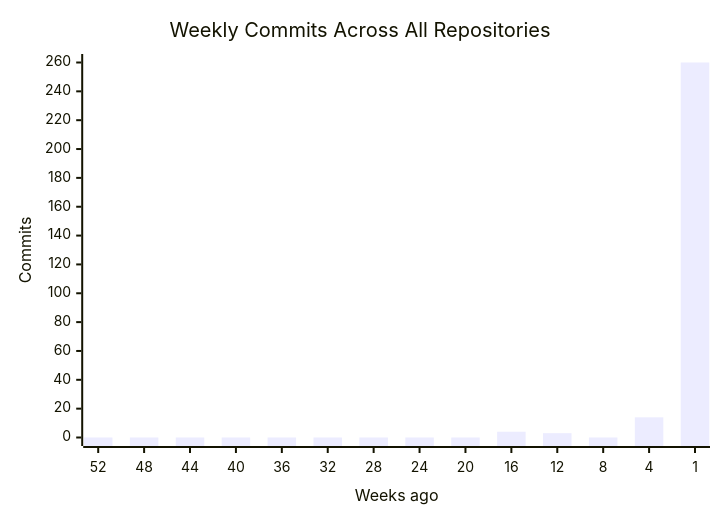
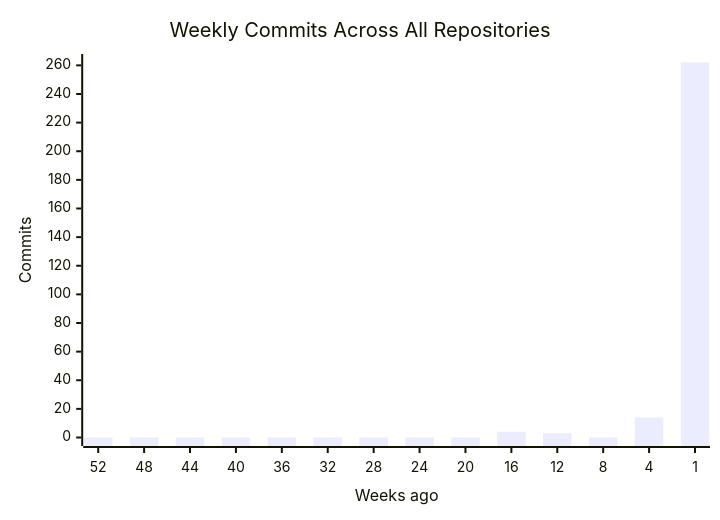
Before and after one commit to CSTH-Projects/.github: the first of 4 diagrams in profile/README.md, drawn with Mermaid. The commit also changed other lines of this file, not shown here.

````diff
--- a/profile/README.md
+++ b/profile/README.md
@@ -16,7 +16,7 @@
 ```mermaid
 xychart-beta
     title "Weekly Commits Across All Repositories"
     x-axis "Weeks ago" [52, 48, 44, 40, 36, 32, 28, 24, 20, 16, 12, 8, 4, 1]
     y-axis "Commits"
-    bar [0, 0, 0, 0, 0, 0, 0, 0, 0, 4, 3, 0, 14, 260]
+    bar [0, 0, 0, 0, 0, 0, 0, 0, 0, 4, 3, 0, 14, 262]
 ```
````
